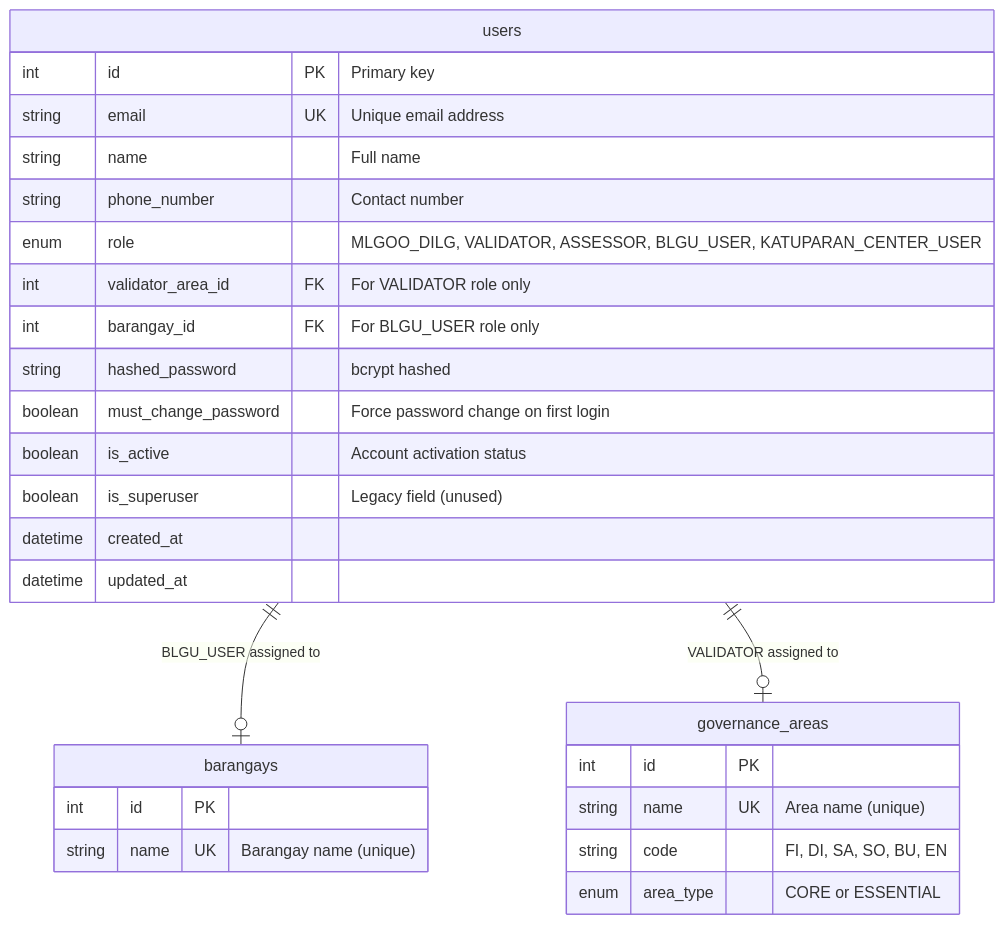
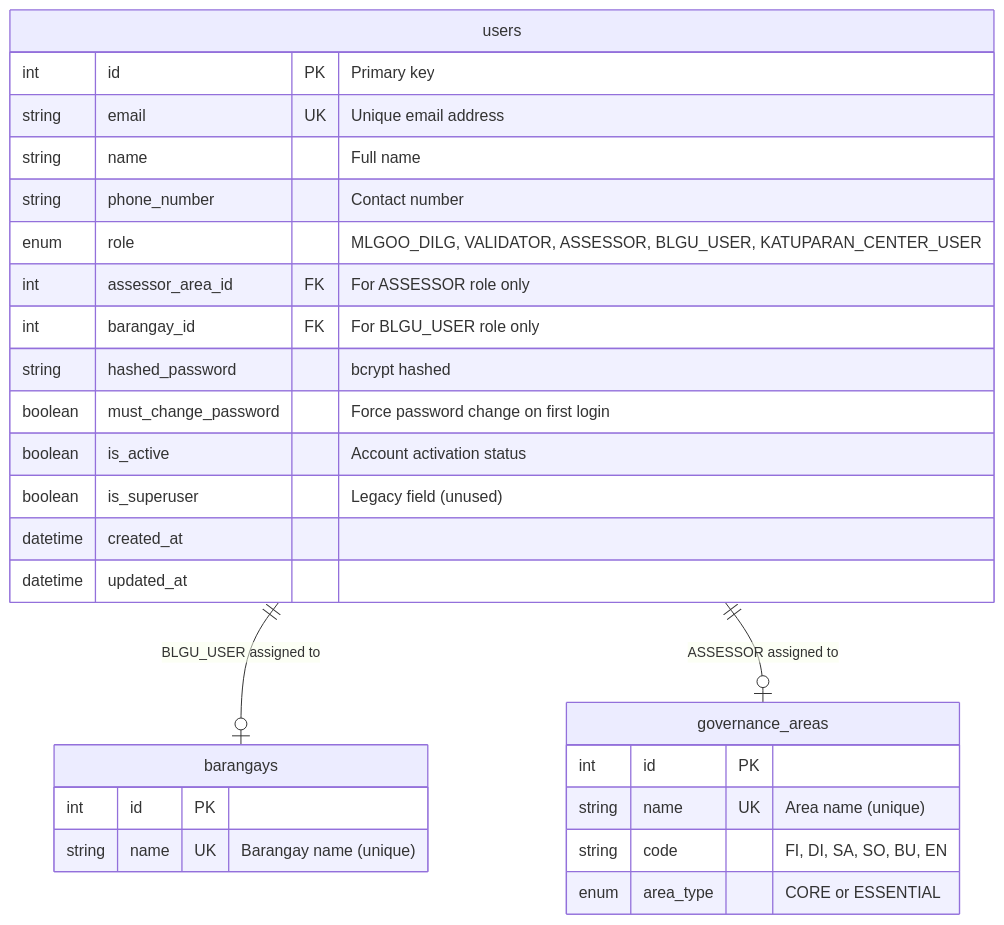
Before and after one commit to generyand/sinag: the second of 9 diagrams in docs/architecture/database-schema.md, drawn with Mermaid. The commit also changed other lines of this file and 10 other files, not shown here.

````diff
--- a/docs/architecture/database-schema.md
+++ b/docs/architecture/database-schema.md
@@ -337,33 +343,33 @@
 ```mermaid
 erDiagram
     users ||--o| barangays : "BLGU_USER assigned to"
-    users ||--o| governance_areas : "VALIDATOR assigned to"
+    users ||--o| governance_areas : "ASSESSOR assigned to"
 
     users {
         int id PK "Primary key"
         string email UK "Unique email address"
         string name "Full name"
         string phone_number "Contact number"
         enum role "MLGOO_DILG, VALIDATOR, ASSESSOR, BLGU_USER, KATUPARAN_CENTER_USER"
-        int validator_area_id FK "For VALIDATOR role only"
+        int assessor_area_id FK "For ASSESSOR role only"
         int barangay_id FK "For BLGU_USER role only"
         string hashed_password "bcrypt hashed"
         boolean must_change_password "Force password change on first login"
         boolean is_active "Account activation status"
         boolean is_superuser "Legacy field (unused)"
         datetime created_at
         datetime updated_at
     }
 
     barangays {
         int id PK
         string name UK "Barangay name (unique)"
     }
 
     governance_areas {
         int id PK
         string name UK "Area name (unique)"
         string code "FI, DI, SA, SO, BU, EN"
         enum area_type "CORE or ESSENTIAL"
     }
 ```
````
